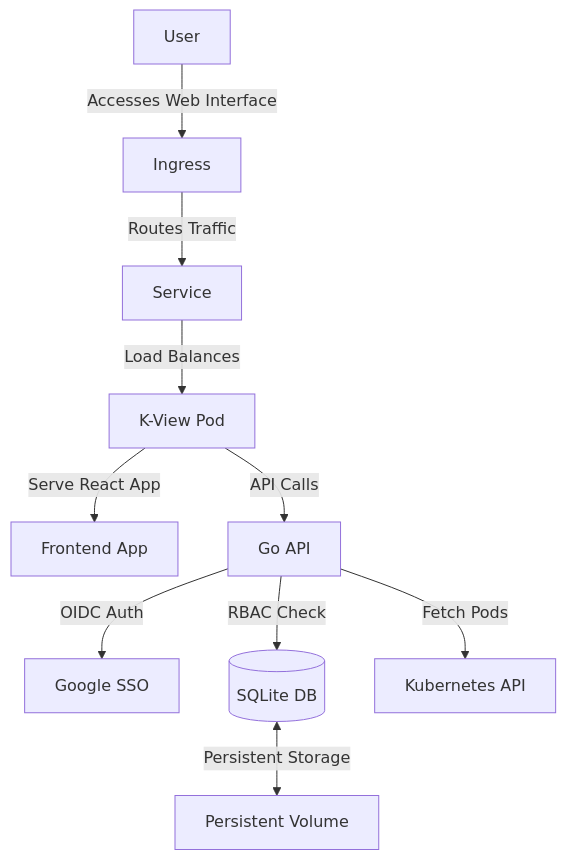
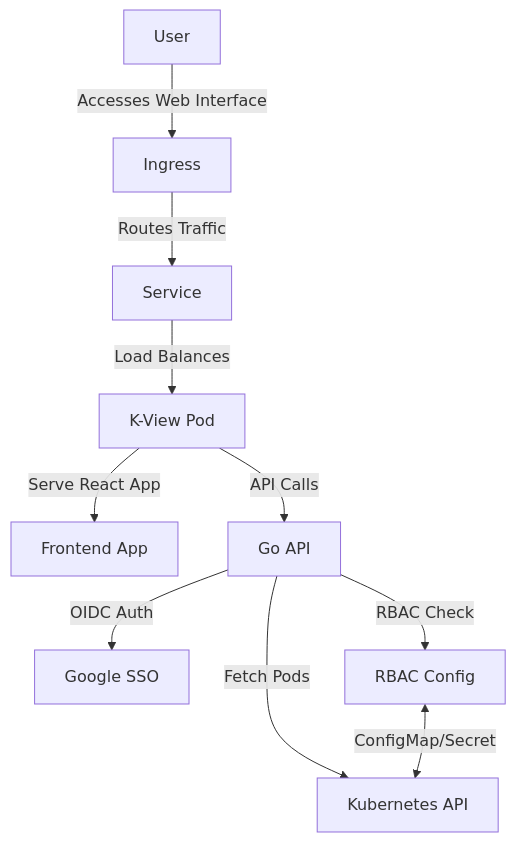
The diagram in README.md (oisis/k-view), drawn with Mermaid before and after one commit. The commit also changed other lines of this file and 3 other files, not shown here.

Commit message:
feat: Replace SQLite-backed RBAC with declarative configuration, updating documentation and chart descriptions accordingly.

````diff
--- a/README.md
+++ b/README.md
@@ -15,12 +15,12 @@
 ```mermaid
 graph TD;
     User-->|Accesses Web Interface|Ingress;
     Ingress-->|Routes Traffic|Service;
     Service-->|Load Balances|Pod[K-View Pod];
     Pod-->|Serve React App|Frontend[Frontend App];
     Pod-->|API Calls|Backend[Go API];
     Backend-->|OIDC Auth|Google[Google SSO];
-    Backend-->|RBAC Check|SQLite[(SQLite DB)];
+    Backend-->|RBAC Check|RBACConfig[RBAC Config];
     Backend-->|Fetch Pods|K8sAPI[Kubernetes API];
-    SQLite<-->|Persistent Storage|PVC[Persistent Volume];
+    RBACConfig<-->|ConfigMap/Secret|K8sAPI;
 ```
````
